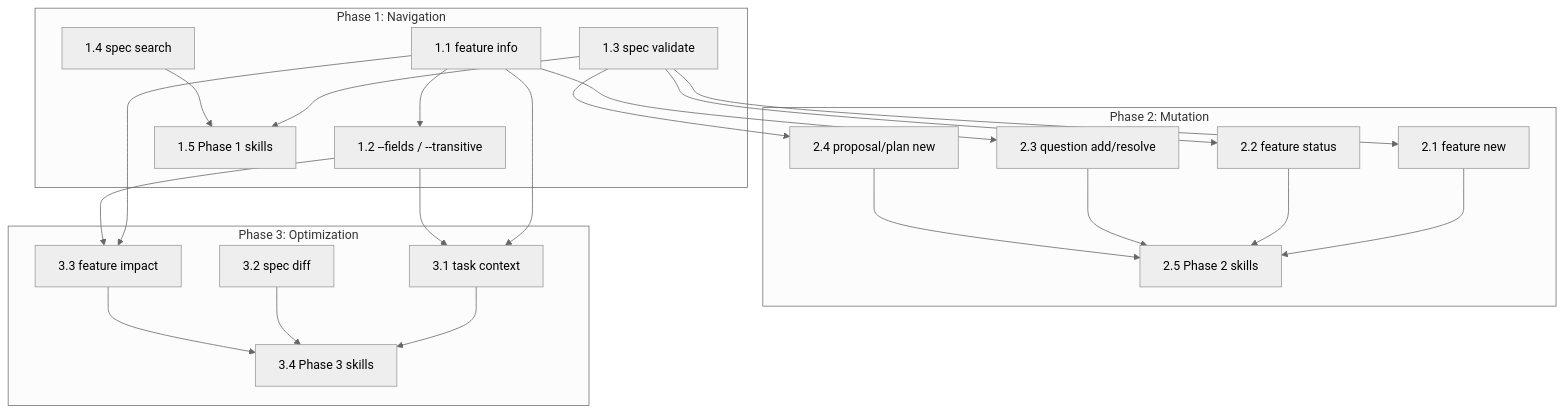
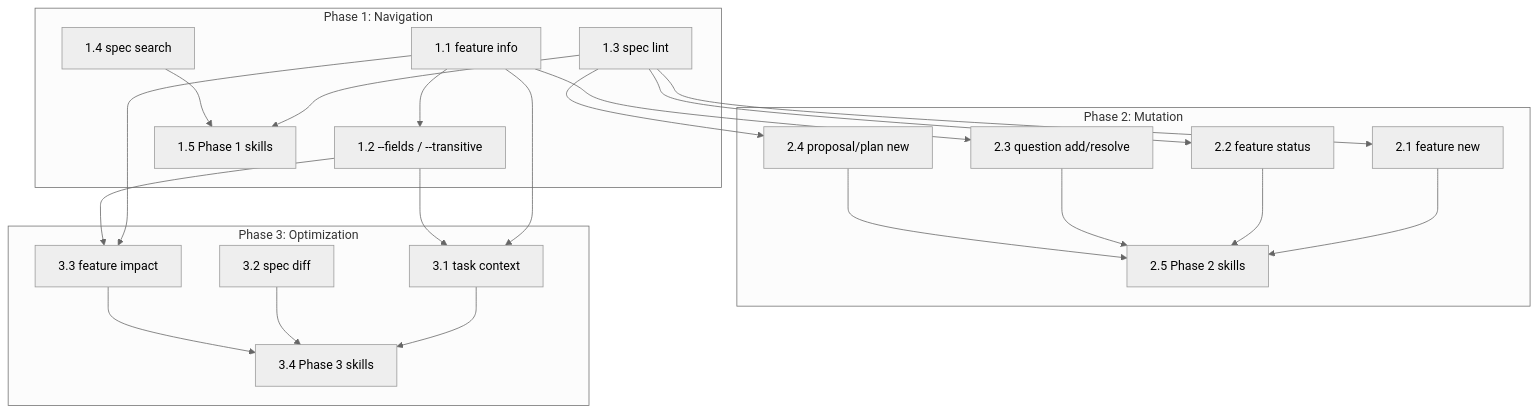
The diagram in spec/plans/agent-skills-roadmap/README.md (synchestra-io/synchestra), drawn with Mermaid (neutral theme) before and after one commit. The commit also changed other lines of this file, not shown here.

First line of the commit message:
Rename spec validate to spec lint for CLI consistency

````diff
--- a/spec/plans/agent-skills-roadmap/README.md
+++ b/spec/plans/agent-skills-roadmap/README.md
@@ -348,46 +348,46 @@
 ```mermaid
 graph TD
     subgraph "Phase 1: Navigation"
         A["1.1 feature info"]
         B["1.2 --fields / --transitive"]
-        C["1.3 spec validate"]
+        C["1.3 spec lint"]
         D["1.4 spec search"]
         E["1.5 Phase 1 skills"]
 
         A --> B
         C --> E
         D --> E
     end
 
     subgraph "Phase 2: Mutation"
         F["2.1 feature new"]
         G["2.2 feature status"]
         H["2.3 question add/resolve"]
         I["2.4 proposal/plan new"]
         J["2.5 Phase 2 skills"]
 
         C --> F
         C --> G
         A --> H
         C --> I
         F --> J
         G --> J
         H --> J
         I --> J
     end
 
     subgraph "Phase 3: Optimization"
         K["3.1 task context"]
         L["3.2 spec diff"]
         M["3.3 feature impact"]
         N["3.4 Phase 3 skills"]
 
         A --> K
         B --> K
         A --> M
         B --> M
         K --> N
         L --> N
         M --> N
     end
 ```
````
